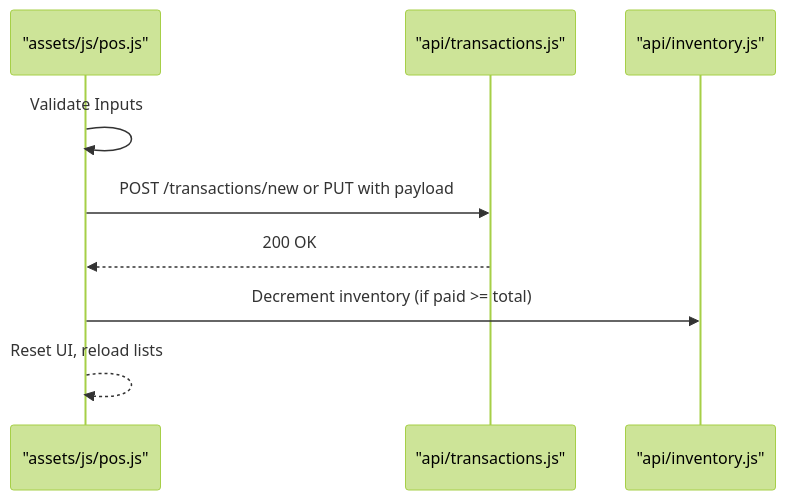
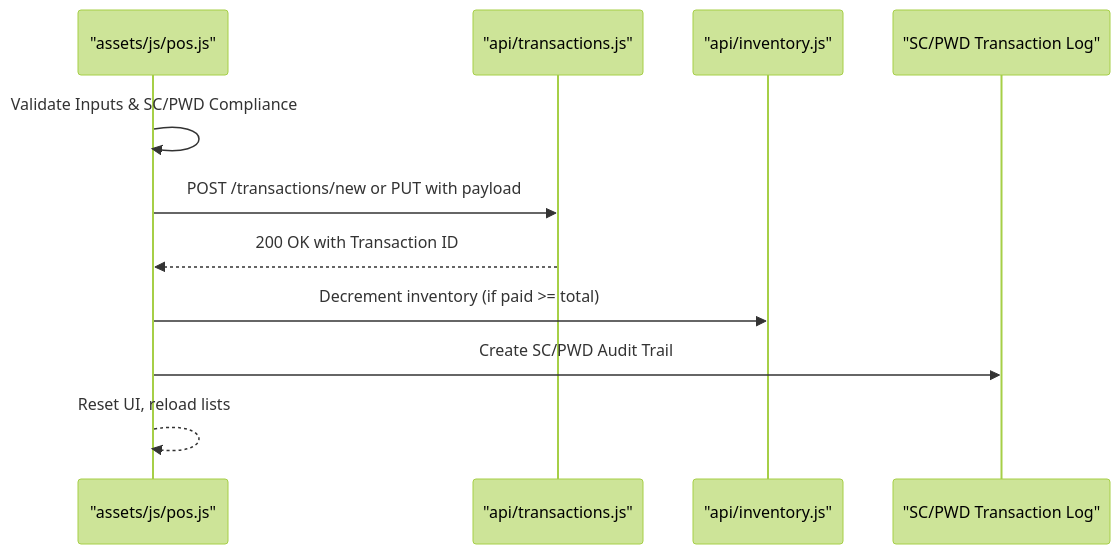
One commit to yosefdc7/PharmaPOS changed the sixth of 13 diagrams in .qoder/repowiki/en/content/Frontend Interface/Checkout System.md. Above: the diagram before and after it, drawn with Mermaid (forest theme). The commit also changed other lines of this file and 11 other files, not shown here.

````diff
--- a/.qoder/repowiki/en/content/Frontend Interface/Checkout System.md
+++ b/.qoder/repowiki/en/content/Frontend Interface/Checkout System.md
@@ -206,11 +304,13 @@
 ```mermaid
 sequenceDiagram
 participant POS as "assets/js/pos.js"
 participant API as "api/transactions.js"
 participant INV as "api/inventory.js"
-POS->>POS : Validate Inputs
+participant LOG as "SC/PWD Transaction Log"
+POS->>POS : Validate Inputs & SC/PWD Compliance
 POS->>API : POST /transactions/new or PUT with payload
-API-->>POS : 200 OK
+API-->>POS : 200 OK with Transaction ID
 POS->>INV : Decrement inventory (if paid >= total)
+POS->>LOG : Create SC/PWD Audit Trail
 POS-->>POS : Reset UI, reload lists
 ```
````
